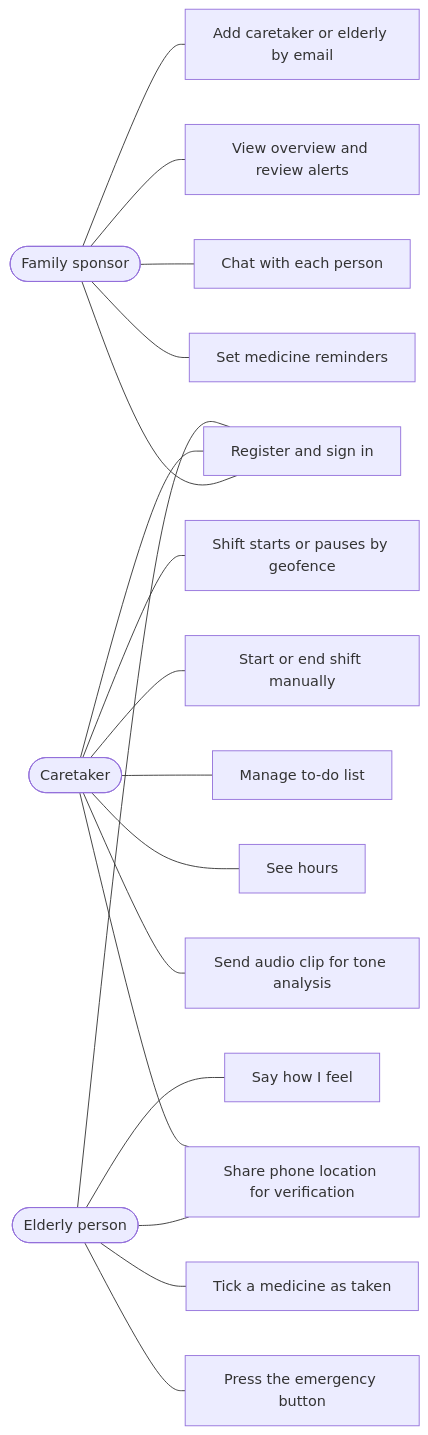
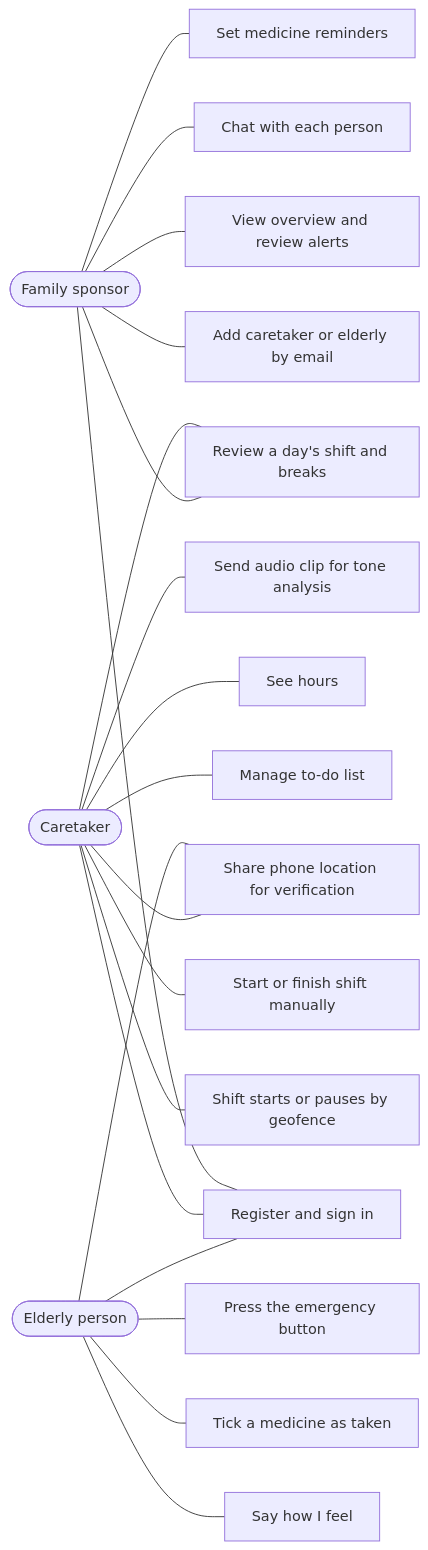
Before and after one commit to alvviinn/Mzazicare: the first of 6 diagrams in docs/chapter4-analysis-and-design.md, drawn with Mermaid. The commit also changed other lines of this file and 15 other files, not shown here.

First line of the commit message:
Mobile and docs: show day shifts, breaks and a tappable shift timeline

````diff
--- a/docs/chapter4-analysis-and-design.md
+++ b/docs/chapter4-analysis-and-design.md
@@ -64,23 +64,25 @@
 ```mermaid
 flowchart LR
   F([Family sponsor])
   C([Caretaker])
   E([Elderly person])
   F --- U1[Register and sign in]
   C --- U1
   E --- U1
   F --- U2[Add caretaker or elderly by email]
   F --- U3[View overview and review alerts]
   F --- U4[Chat with each person]
   F --- U5[Set medicine reminders]
   C --- U6[Shift starts or pauses by geofence]
-  C --- U7[Start or end shift manually]
+  C --- U7[Start or finish shift manually]
+  C --- U15[Review a day's shift and breaks]
+  F --- U15
   C --- U8[Manage to-do list]
   C --- U9[See hours]
   C --- U10[Send audio clip for tone analysis]
   E --- U11[Say how I feel]
   E --- U12[Tick a medicine as taken]
   E --- U13[Press the emergency button]
   E --- U14[Share phone location for verification]
   C --- U14
 ```
````
